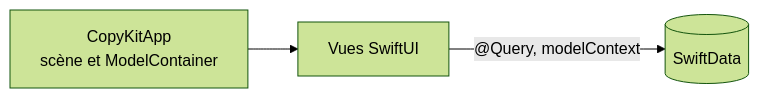
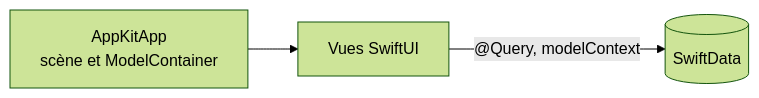
The diagram in aidd_docs/memory/architecture.md (yanix2445/AppKit), drawn with Mermaid (forest theme) before and after one commit. The commit also changed other lines of this file and 82 other files, not shown here.

First line of the commit message:
refactor: rename CopyKit to AppKit

````diff
--- a/aidd_docs/memory/architecture.md
+++ b/aidd_docs/memory/architecture.md
@@ -13,5 +13,5 @@
 ```mermaid
 flowchart LR
-  App["CopyKitApp<br/>scène et ModelContainer"] --> Views["Vues SwiftUI"]
+  App["AppKitApp<br/>scène et ModelContainer"] --> Views["Vues SwiftUI"]
   Views -->|"@Query, modelContext"| Store[("SwiftData")]
 ```
````
